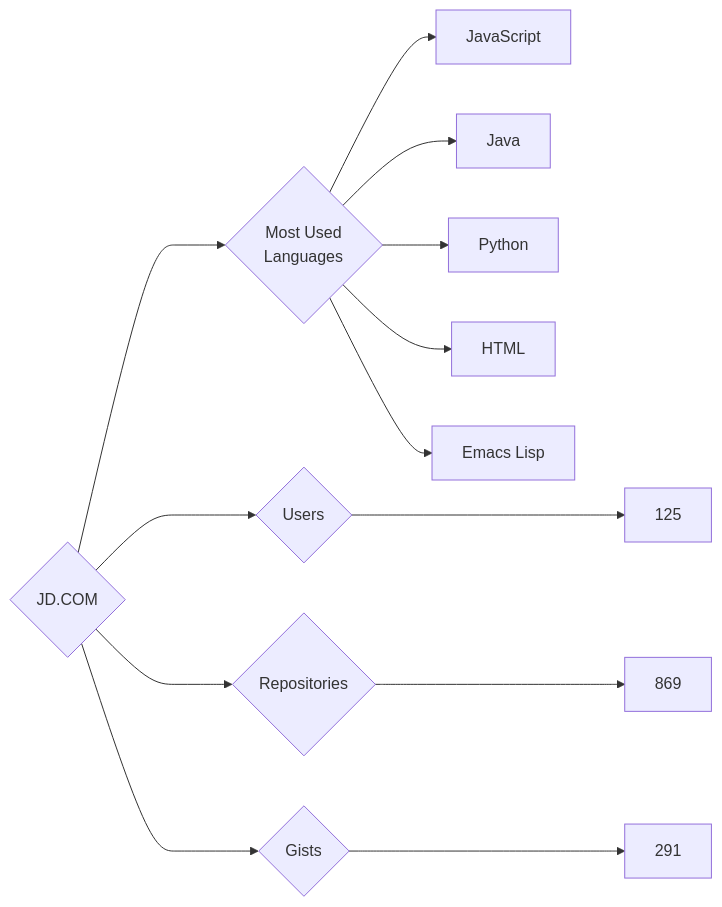
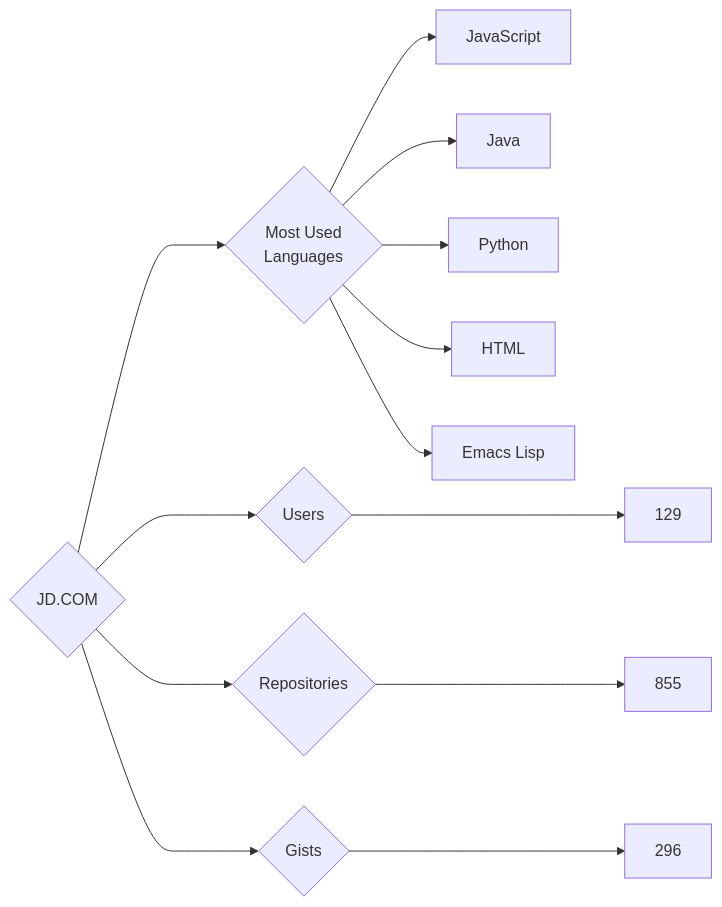
Before and after one commit to trickest/insiders: the diagram in targets/JD.COM/README.md, drawn with Mermaid. The commit also changed 1496 other files, not shown here.

````diff
--- a/targets/JD.COM/README.md
+++ b/targets/JD.COM/README.md
@@ -3,13 +3,13 @@
 ```mermaid
 graph LR
 COMPANY_NAME{JD.COM}
-COMPANY_NAME ---> U{Users} ---> UN[125]
-COMPANY_NAME ---> R{Repositories} ---> RN[869]
-COMPANY_NAME ---> G{Gists} ---> GN[291]
+COMPANY_NAME ---> U{Users} ---> UN[129]
+COMPANY_NAME ---> R{Repositories} ---> RN[855]
+COMPANY_NAME ---> G{Gists} ---> GN[296]
 COMPANY_NAME ---> ML{Most Used<br>Languages}
 ML --> JavaScript[JavaScript]
 ML --> Java[Java]
 ML --> Python[Python]
 ML --> HTML[HTML]
 ML --> Emacs_Lisp[Emacs Lisp]
 ```
````
